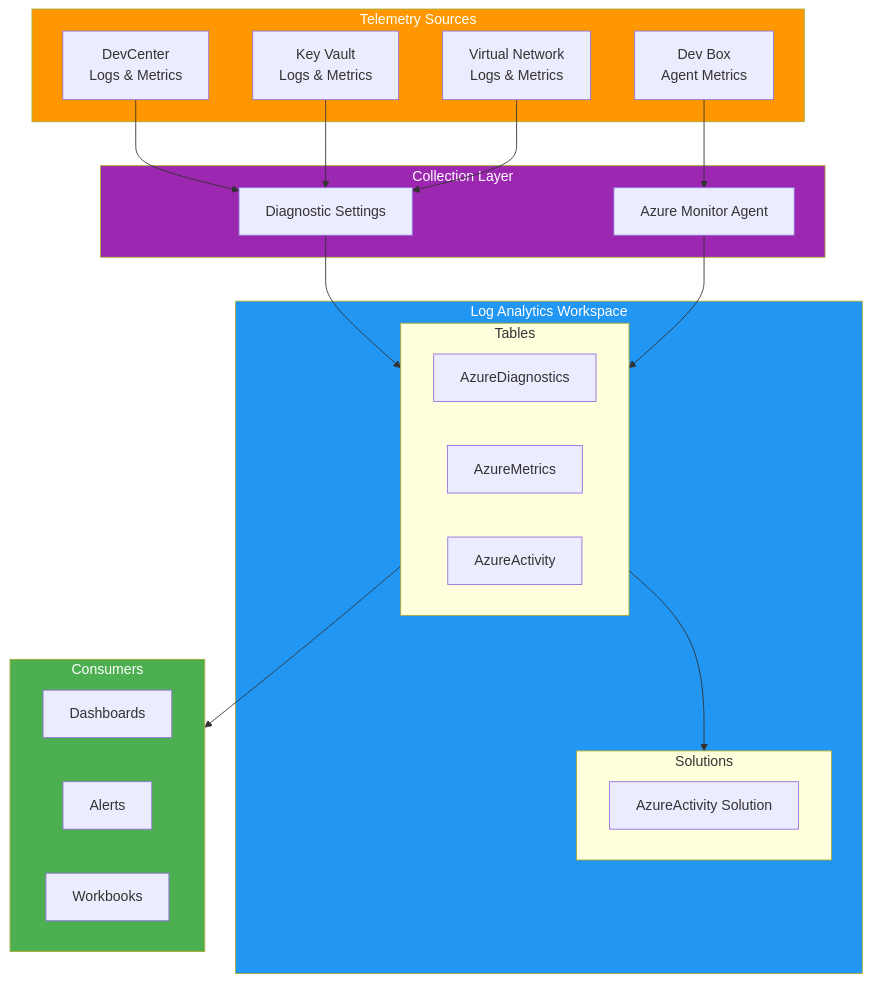
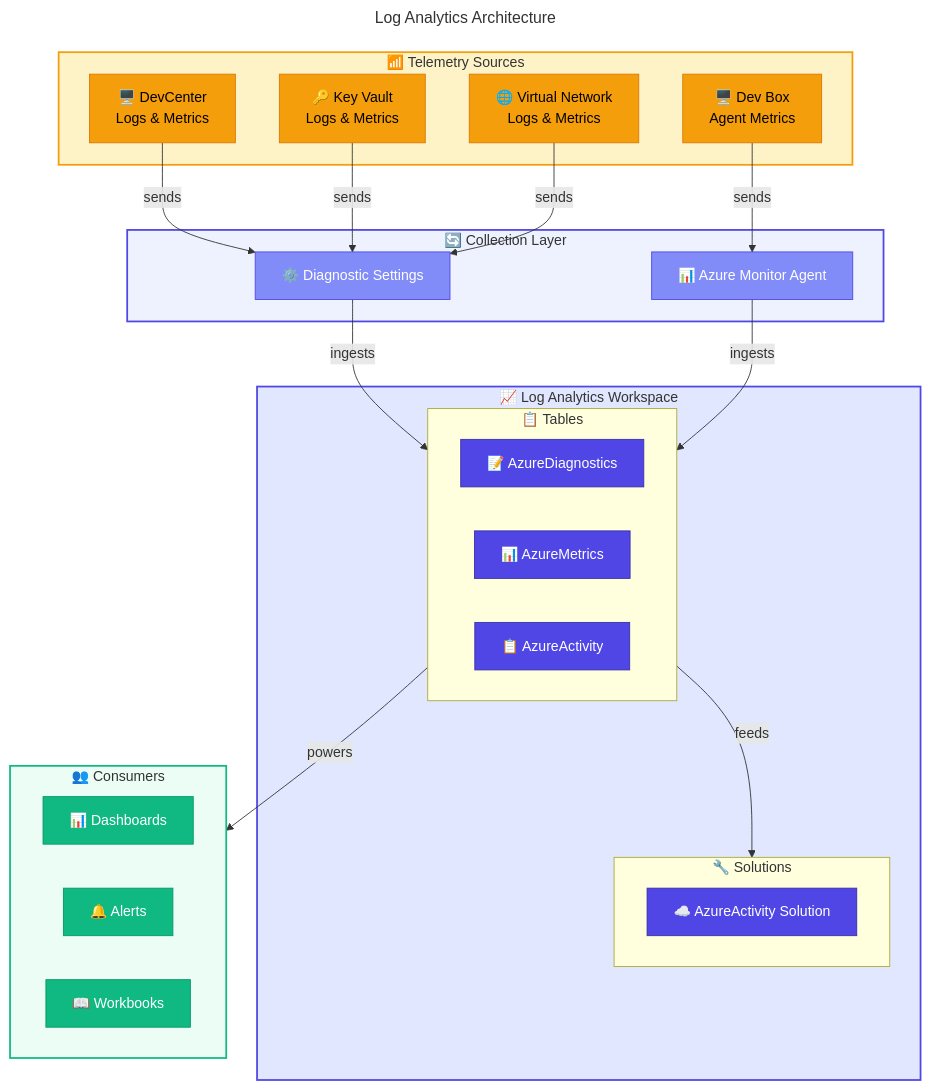
The ninth of 9 diagrams in docs/architecture/04-technology-architecture.md (Evilazaro/DevExp-DevBox), drawn with Mermaid before and after one commit. The commit also changed other lines of this file, not shown here.

Commit message:
Enhance documentation for GitHub Actions and Log Analytics architecture by adding emojis, improving diagram styles, and refining connections for better clarity and navigation.

````diff
--- a/docs/architecture/04-technology-architecture.md
+++ b/docs/architecture/04-technology-architecture.md
@@ -693,48 +728,67 @@
 ```mermaid
+---
+title: Log Analytics Architecture
+---
 flowchart TB
-    subgraph Sources["Telemetry Sources"]
-        DC["DevCenter\nLogs & Metrics"]
-        KV["Key Vault\nLogs & Metrics"]
-        VN["Virtual Network\nLogs & Metrics"]
-        DB["Dev Box\nAgent Metrics"]
+    %% ===== TELEMETRY SOURCES =====
+    subgraph Sources["📶 Telemetry Sources"]
+        DC["🖥️ DevCenter<br/>Logs & Metrics"]
+        KV["🔑 Key Vault<br/>Logs & Metrics"]
+        VN["🌐 Virtual Network<br/>Logs & Metrics"]
+        DB["🖥️ Dev Box<br/>Agent Metrics"]
     end
     
-    subgraph Collection["Collection Layer"]
-        DS["Diagnostic Settings"]
-        AMA["Azure Monitor Agent"]
+    %% ===== COLLECTION LAYER =====
+    subgraph Collection["🔄 Collection Layer"]
+        DS["⚙️ Diagnostic Settings"]
+        AMA["📊 Azure Monitor Agent"]
     end
     
-    subgraph LAW["Log Analytics Workspace"]
-        subgraph Tables["Tables"]
-            DIAG["AzureDiagnostics"]
-            MET["AzureMetrics"]
-            ACT["AzureActivity"]
+    %% ===== LOG ANALYTICS WORKSPACE =====
+    subgraph LAW["📈 Log Analytics Workspace"]
+        subgraph Tables["📋 Tables"]
+            DIAG["📝 AzureDiagnostics"]
+            MET["📊 AzureMetrics"]
+            ACT["📋 AzureActivity"]
         end
         
-        subgraph Solutions["Solutions"]
-            AA["AzureActivity Solution"]
+        subgraph Solutions["🔧 Solutions"]
+            AA["☁️ AzureActivity Solution"]
         end
     end
     
-    subgraph Consumers["Consumers"]
-        DASH["Dashboards"]
-        ALERT["Alerts"]
-        WB["Workbooks"]
+    %% ===== CONSUMERS =====
+    subgraph Consumers["👥 Consumers"]
+        DASH["📊 Dashboards"]
+        ALERT["🔔 Alerts"]
+        WB["📖 Workbooks"]
     end
     
-    DC --> DS
-    KV --> DS
-    VN --> DS
-    DB --> AMA
+    %% ===== CONNECTIONS =====
+    DC -->|sends| DS
+    KV -->|sends| DS
+    VN -->|sends| DS
+    DB -->|sends| AMA
     
-    DS --> Tables
-    AMA --> Tables
+    DS -->|ingests| Tables
+    AMA -->|ingests| Tables
     
-    Tables --> Solutions
-    Tables --> Consumers
+    Tables -->|feeds| Solutions
+    Tables -->|powers| Consumers
     
-    style Sources fill:#FF9800,color:#fff
-    style Collection fill:#9C27B0,color:#fff
-    style LAW fill:#2196F3,color:#fff
-    style Consumers fill:#4CAF50,color:#fff
+    %% ===== STYLES =====
+    classDef datastore fill:#F59E0B,stroke:#D97706,color:#000000
+    classDef trigger fill:#818CF8,stroke:#4F46E5,color:#FFFFFF
+    classDef primary fill:#4F46E5,stroke:#3730A3,color:#FFFFFF
+    classDef secondary fill:#10B981,stroke:#059669,color:#FFFFFF
+    
+    class DC,KV,VN,DB datastore
+    class DS,AMA trigger
+    class DIAG,MET,ACT,AA primary
+    class DASH,ALERT,WB secondary
+    
+    style Sources fill:#FEF3C7,stroke:#F59E0B,stroke-width:2px
+    style Collection fill:#EEF2FF,stroke:#4F46E5,stroke-width:2px
+    style LAW fill:#E0E7FF,stroke:#4F46E5,stroke-width:2px
+    style Consumers fill:#ECFDF5,stroke:#10B981,stroke-width:2px
 ```
````
